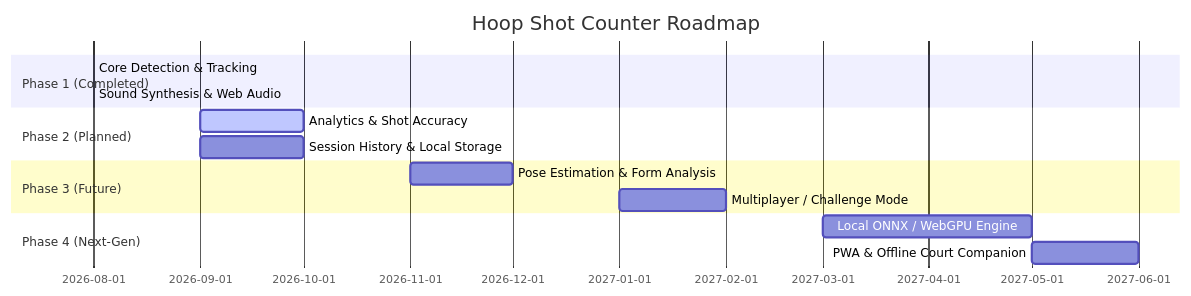
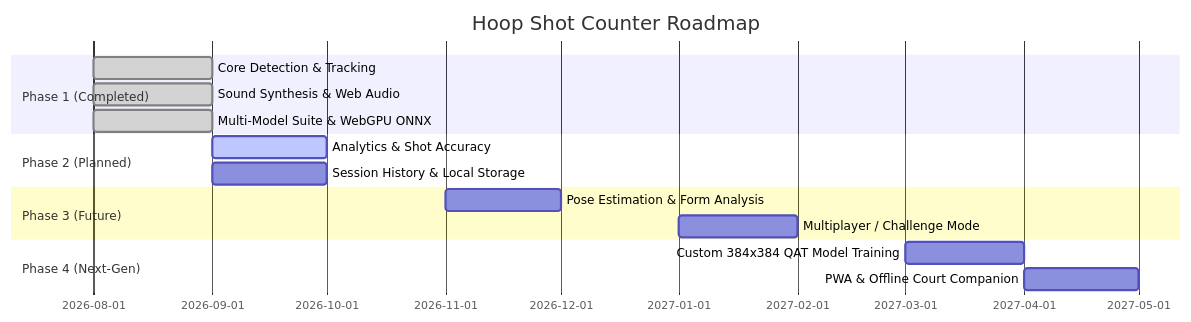
The diagram in docs/ROADMAP.md (dechatorn-L/Hoop), drawn with Mermaid before and after one commit. The commit also changed other lines of this file and 10 other files, not shown here.

````diff
--- a/docs/ROADMAP.md
+++ b/docs/ROADMAP.md
@@ -9,17 +9,18 @@
 ```mermaid
 gantt
     title Hoop Shot Counter Roadmap
     dateFormat  YYYY-MM
     section Phase 1 (Completed)
-    Core Detection & Tracking       :done, 2026-08, 2026-08
-    Sound Synthesis & Web Audio      :done, 2026-08, 2026-08
+    Core Detection & Tracking       :done, 2026-08, 2026-09
+    Sound Synthesis & Web Audio      :done, 2026-08, 2026-09
+    Multi-Model Suite & WebGPU ONNX :done, 2026-08, 2026-09
     section Phase 2 (Planned)
     Analytics & Shot Accuracy        :active, 2026-09, 2026-10
     Session History & Local Storage  :2026-09, 2026-10
     section Phase 3 (Future)
     Pose Estimation & Form Analysis :2026-11, 2026-12
     Multiplayer / Challenge Mode    :2027-01, 2027-02
     section Phase 4 (Next-Gen)
-    Local ONNX / WebGPU Engine       :2027-03, 2027-05
-    PWA & Offline Court Companion    :2027-05, 2027-06
+    Custom 384x384 QAT Model Training:2027-03, 2027-04
+    PWA & Offline Court Companion    :2027-04, 2027-05
 ```
````
